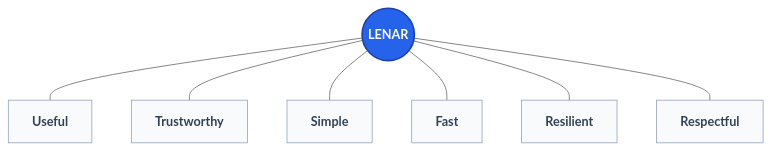
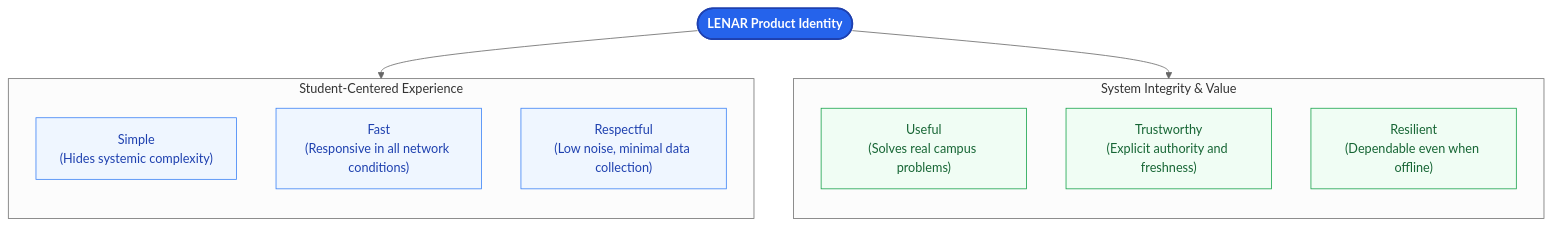
Before and after one commit to davidalbertstark-lab/Lenar: the second of 3 diagrams in docs/product/01-Lenar-Foundation.md, drawn with Mermaid (neutral theme). The commit also changed other lines of this file and 28 other files, not shown here.

Commit message:
docs: system-wide diagram redesign for first-instance comprehension

````diff
--- a/docs/product/01-Lenar-Foundation.md
+++ b/docs/product/01-Lenar-Foundation.md
@@ -76,24 +82,25 @@
 ```mermaid
 flowchart TD
     classDef core fill:#2563eb,color:#fff,stroke:#1e40af,stroke-width:2px,font-weight:bold,font-size:16px
-    classDef quality fill:#f8fafc,stroke:#94a3b8,stroke-width:1px,color:#334155,font-weight:bold
-    
-    L((LENAR))
-    
-    U[Useful]
-    T[Trustworthy]
-    S[Simple]
-    F[Fast]
-    R[Resilient]
-    Re[Respectful]
-    
-    L --- U
-    L --- T
-    L --- S
-    L --- F
-    L --- R
-    L --- Re
-    
-    class L core;
-    class U,T,S,F,R,Re quality;
+    classDef exp fill:#eff6ff,stroke:#3b82f6,stroke-width:1px,color:#1e40af
+    classDef integrity fill:#f0fdf4,stroke:#16a34a,stroke-width:1px,color:#166534
+
+    Lenar(["LENAR Product Identity"]):::core
+
+    subgraph Experience ["Student-Centered Experience"]
+        direction TB
+        S["Simple<br/>(Hides systemic complexity)"]:::exp
+        F["Fast<br/>(Responsive in all network conditions)"]:::exp
+        Re["Respectful<br/>(Low noise, minimal data collection)"]:::exp
+    end
+
+    subgraph Integrity ["System Integrity & Value"]
+        direction TB
+        U["Useful<br/>(Solves real campus problems)"]:::integrity
+        T["Trustworthy<br/>(Explicit authority and freshness)"]:::integrity
+        R["Resilient<br/>(Dependable even when offline)"]:::integrity
+    end
+
+    Lenar --> Experience
+    Lenar --> Integrity
 ```
````
